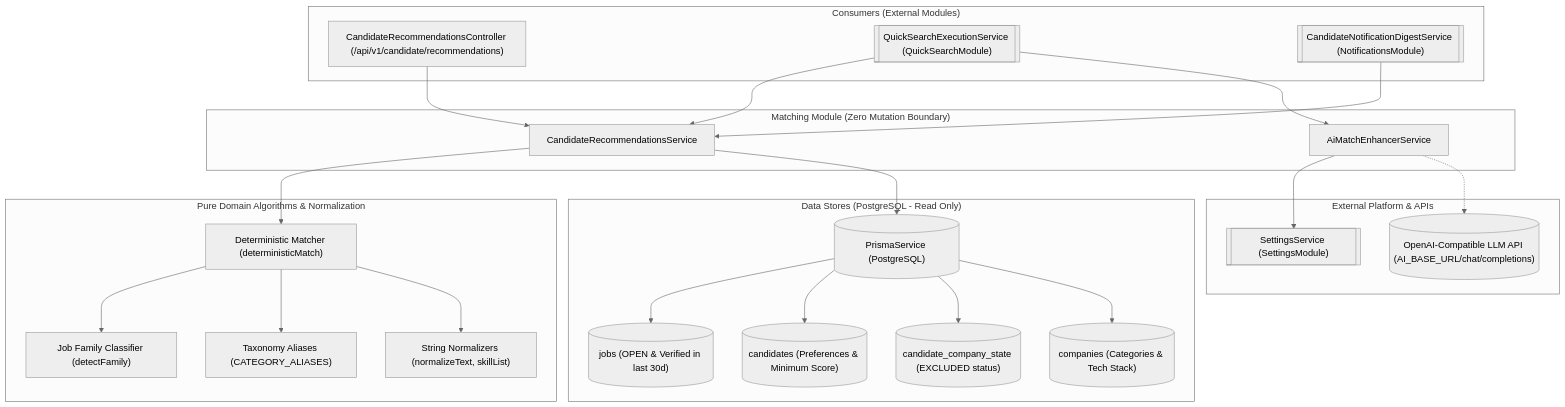
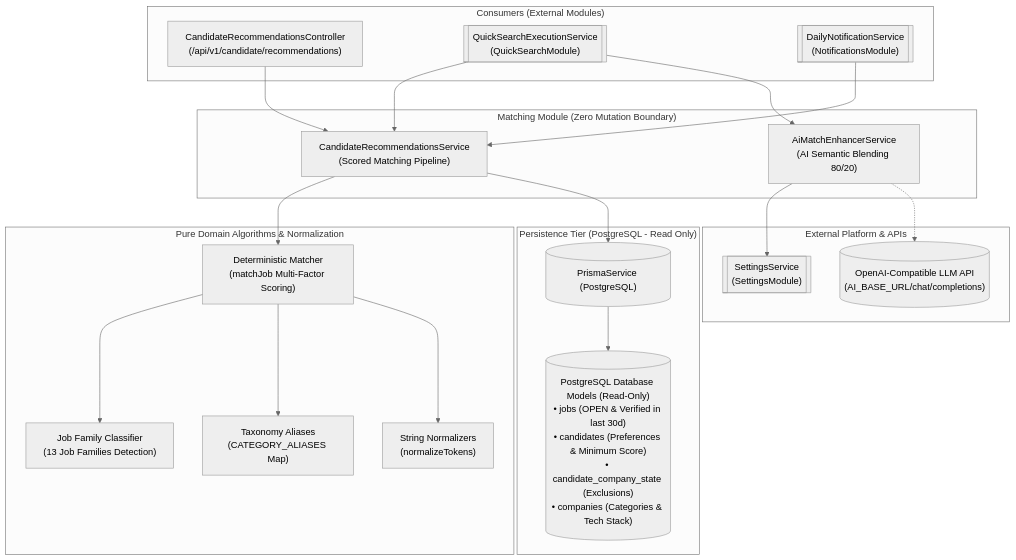
The first of 4 diagrams in backend/src/features/matching/README.md (MohammadSheakh/job-intelligence), drawn with Mermaid (neutral theme) before and after one commit. The commit also changed other lines of this file and 19 other files, not shown here.

First line of the commit message:
docs(architecture): add technical diagram specs and enhance feature READMEs

````diff
--- a/backend/src/features/matching/README.md
+++ b/backend/src/features/matching/README.md
@@ -10,52 +10,46 @@
 ```mermaid
 flowchart TD
     subgraph Consumers ["Consumers (External Modules)"]
-        CandidateCtrl["CandidateRecommendationsController (/api/v1/candidate/recommendations)"]
-        QuickSearchExec[["QuickSearchExecutionService (QuickSearchModule)"]]
-        NotificationsDigest[["CandidateNotificationDigestService (NotificationsModule)"]]
+        CandidateCtrl["CandidateRecommendationsController<br/>(/api/v1/candidate/recommendations)"]
+        QuickSearchExec[["QuickSearchExecutionService<br/>(QuickSearchModule)"]]
+        NotificationsDigest[["DailyNotificationService<br/>(NotificationsModule)"]]
     end
 
     subgraph MatchingModule ["Matching Module (Zero Mutation Boundary)"]
-        RecsSvc["CandidateRecommendationsService"]
-        AiEnhancer["AiMatchEnhancerService"]
+        RecsSvc["CandidateRecommendationsService<br/>(Scored Matching Pipeline)"]
+        AiEnhancer["AiMatchEnhancerService<br/>(AI Semantic Blending 80/20)"]
     end
 
     subgraph DomainCore ["Pure Domain Algorithms & Normalization"]
-        MatcherFn["Deterministic Matcher (deterministicMatch)"]
-        FamilyDetector["Job Family Classifier (detectFamily)"]
-        AliasesMap["Taxonomy Aliases (CATEGORY_ALIASES)"]
-        Normalizer["String Normalizers (normalizeText, skillList)"]
+        MatcherFn["Deterministic Matcher<br/>(matchJob Multi-Factor Scoring)"]
+        FamilyDetector["Job Family Classifier<br/>(13 Job Families Detection)"]
+        AliasesMap["Taxonomy Aliases<br/>(CATEGORY_ALIASES Map)"]
+        Normalizer["String Normalizers<br/>(normalizeTokens)"]
     end
 
     subgraph ExternalServices ["External Platform & APIs"]
-        SettingsSvc[["SettingsService (SettingsModule)"]]
-        LlmApi[("OpenAI-Compatible LLM API (AI_BASE_URL/chat/completions)")]
+        SettingsSvc[["SettingsService<br/>(SettingsModule)"]]
+        LlmApi[("OpenAI-Compatible LLM API<br/>(AI_BASE_URL/chat/completions)")]
     end
 
-    subgraph DataStorage ["Data Stores (PostgreSQL - Read Only)"]
+    subgraph DataStorage ["Persistence Tier (PostgreSQL - Read Only)"]
         Prisma[("PrismaService (PostgreSQL)")]
-        JobsModel[("jobs (OPEN & Verified in last 30d)")]
-        CandidateModel[("candidates (Preferences & Minimum Score)")]
-        BlacklistModel[("candidate_company_state (EXCLUDED status)")]
-        CompanyModel[("companies (Categories & Tech Stack)")]
+        DBTables[("PostgreSQL Database Models (Read-Only)<br/>• jobs (OPEN & Verified in last 30d)<br/>• candidates (Preferences & Minimum Score)<br/>• candidate_company_state (Exclusions)<br/>• companies (Categories & Tech Stack)")]
     end
 
     CandidateCtrl --> RecsSvc
     QuickSearchExec --> RecsSvc
     QuickSearchExec --> AiEnhancer
     NotificationsDigest --> RecsSvc
 
     RecsSvc --> MatcherFn
     RecsSvc --> Prisma
     AiEnhancer --> SettingsSvc
     AiEnhancer -.-> LlmApi
 
     MatcherFn --> FamilyDetector
     MatcherFn --> AliasesMap
     MatcherFn --> Normalizer
 
-    Prisma --> JobsModel
-    Prisma --> CandidateModel
-    Prisma --> BlacklistModel
-    Prisma --> CompanyModel
+    Prisma --> DBTables
 ```
````
